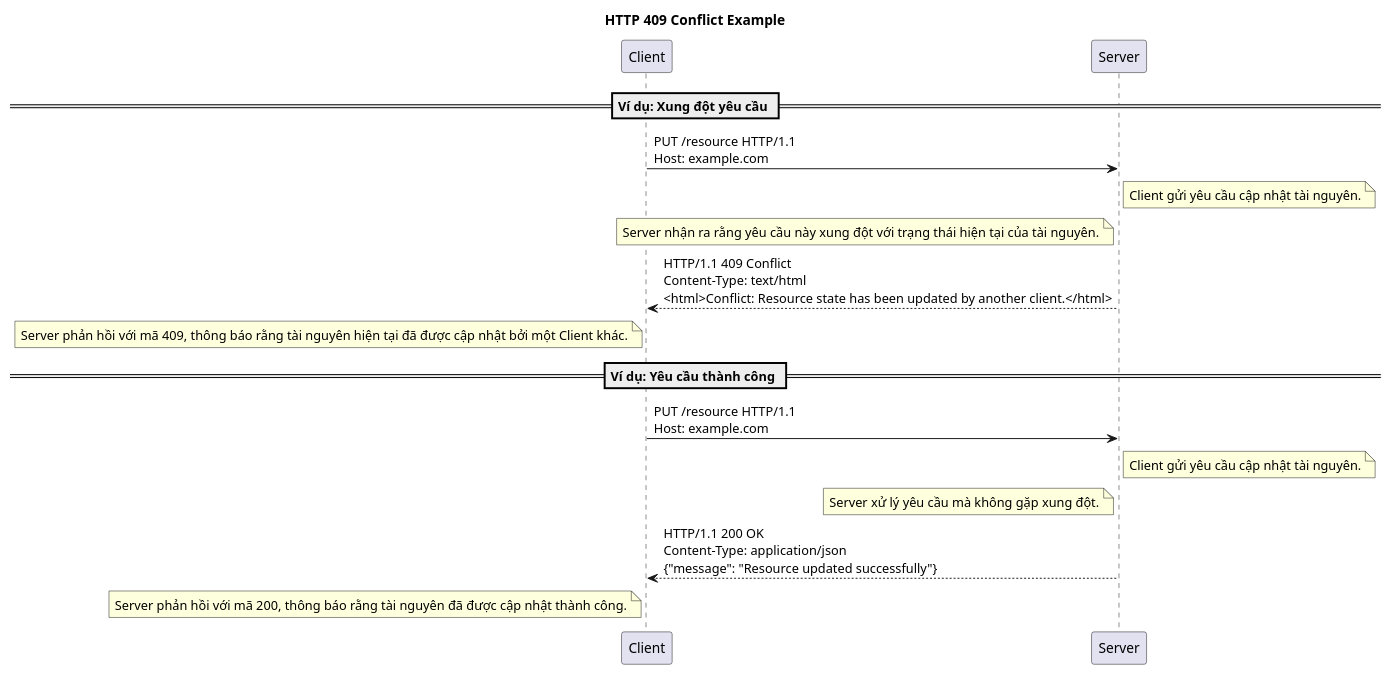
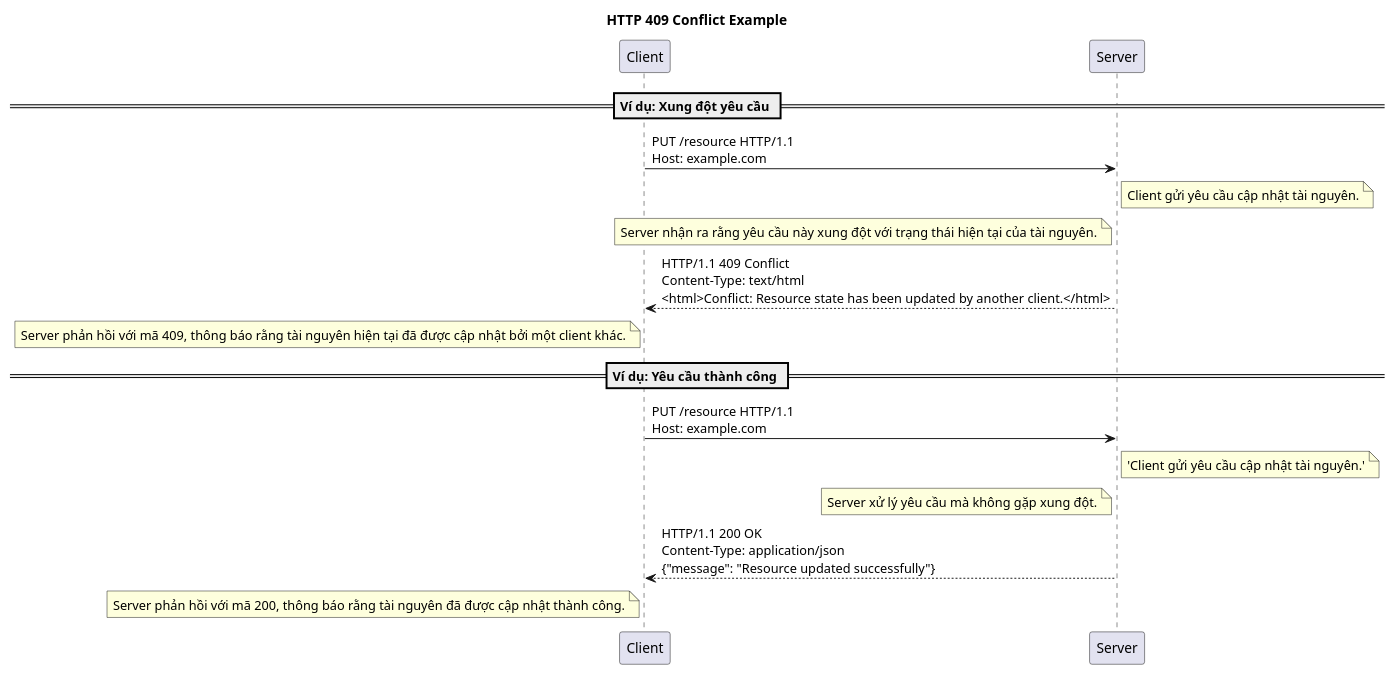
Before and after one commit to thanhlv-com/thanhlv-blog: diagram 27 of 27 in packages/apps/src/blog/2024-12-05-y-nghia-cua-cac-http-status-code.md, drawn with PlantUML. The commit also changed other lines of this file, not shown here.

Commit message:
change lib

````diff
--- a/packages/apps/src/blog/2024-12-05-y-nghia-cua-cac-http-status-code.md
+++ b/packages/apps/src/blog/2024-12-05-y-nghia-cua-cac-http-status-code.md
@@ -988,29 +988,28 @@
 ```plantuml
 @startuml
 
 title HTTP 409 Conflict Example
 
 participant "Client" as C
 participant "Server" as S
 
 == Ví dụ: Xung đột yêu cầu ==
 C -> S: PUT /resource HTTP/1.1\nHost: example.com
 note right of S: Client gửi yêu cầu cập nhật tài nguyên.
 
 note left of S: Server nhận ra rằng yêu cầu này xung đột với trạng thái hiện tại của tài nguyên.
 
 S --> C: HTTP/1.1 409 Conflict\nContent-Type: text/html\n<html>Conflict: Resource state has been updated by another client.</html>
-note left of C: Server phản hồi với mã 409, thông báo rằng tài nguyên hiện tại đã được cập nhật bởi một Client khác.
+note left of C: Server phản hồi với mã 409, thông báo rằng tài nguyên hiện tại đã được cập nhật bởi một client khác.
 
 == Ví dụ: Yêu cầu thành công ==
 C -> S: PUT /resource HTTP/1.1\nHost: example.com
-note right of S: Client gửi yêu cầu cập nhật tài nguyên.
+note right of S: 'Client gửi yêu cầu cập nhật tài nguyên.'
 
 note left of S: Server xử lý yêu cầu mà không gặp xung đột.
 
 S --> C: HTTP/1.1 200 OK\nContent-Type: application/json\n{"message": "Resource updated successfully"}
 note left of C: Server phản hồi với mã 200, thông báo rằng tài nguyên đã được cập nhật thành công.
 
 @enduml
-
 ```
````
